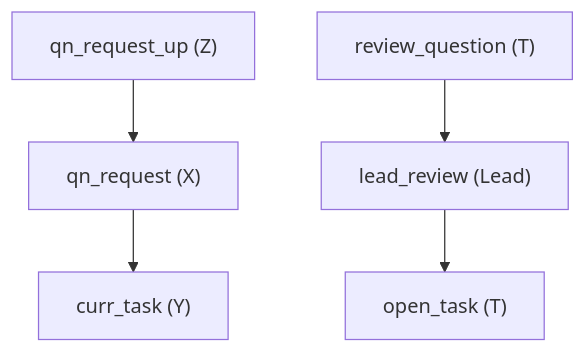
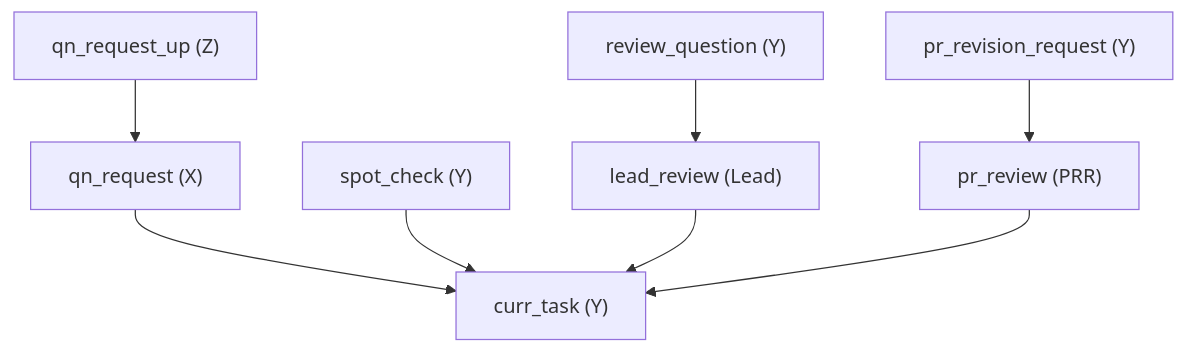
Before and after one commit to shahbajlive/openclaw: the third of 3 diagrams in AGENT.team.md, drawn with Mermaid. The commit also changed other lines of this file and 10 other files, not shown here.

````diff
--- a/AGENT.team.md
+++ b/AGENT.team.md
@@ -328,15 +312,21 @@
 ```mermaid
 graph TD
     curr["curr_task (Y)"]
     qnr["qn_request (X)"]
     qnr2["qn_request_up (Z)"]
+    spot["spot_check (Y)"]
     leadrev["lead_review (Lead)"]
-    reviewq["review_question (T)"]
-    ttask["open_task (T)"]
+    reviewq["review_question (Y)"]
+    prr["pr_review (PRR)"]
+    prrev["pr_revision_request (Y)"]
 
     qnr --> curr
     qnr2 --> qnr
 
-    leadrev --> ttask
+    spot --> curr
+    leadrev --> curr
     reviewq --> leadrev
+
+    prr --> curr
+    prrev --> prr
 ```
````
